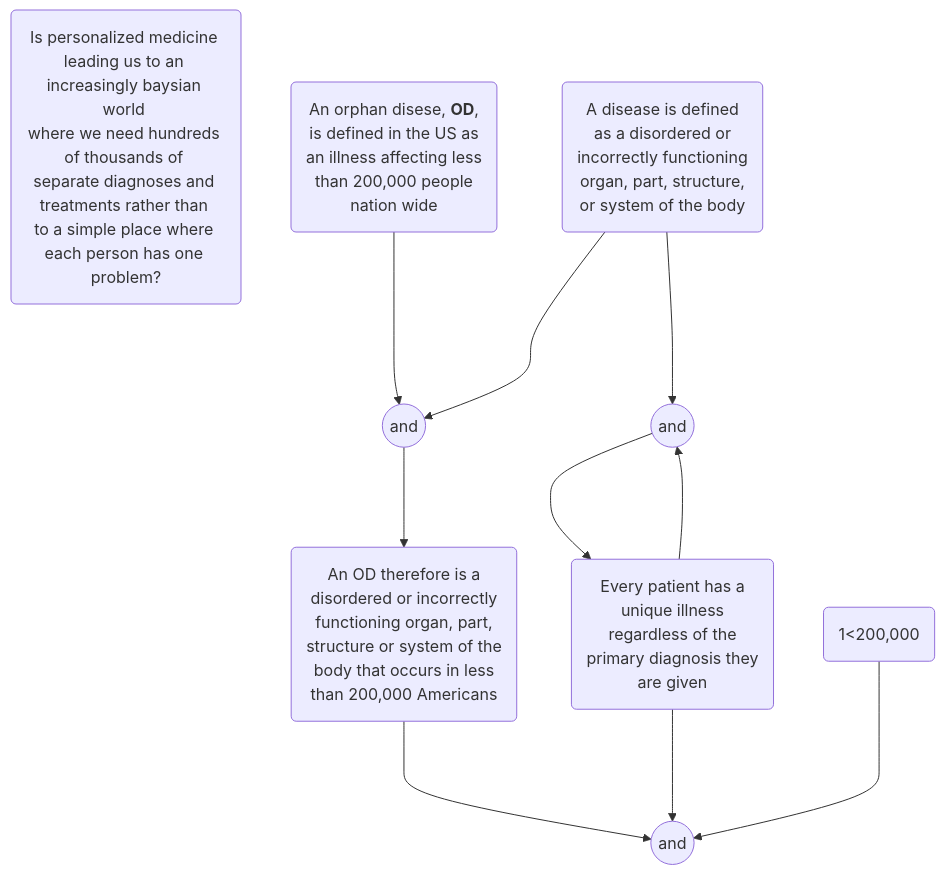
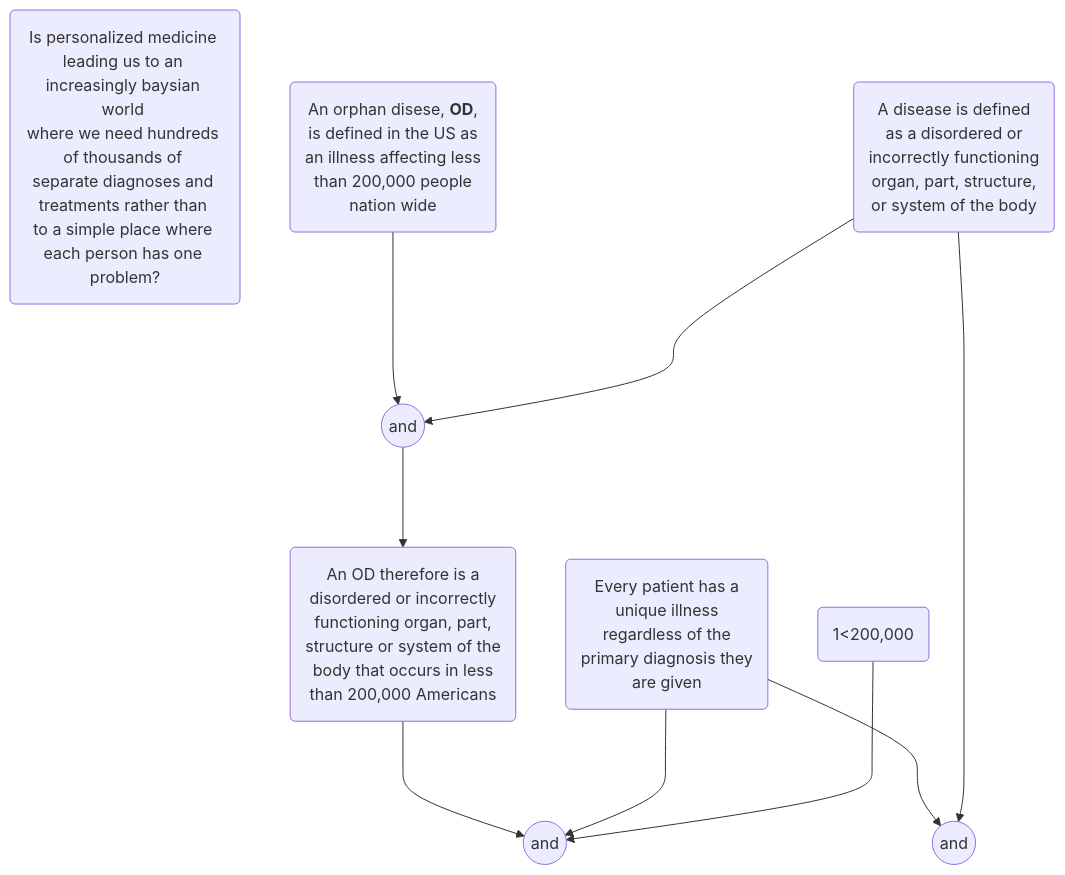
One commit to hwetsman/TOC_Trees changed the diagram in Orphan_Diseases.md. Above: the diagram before and after it, drawn with Mermaid.

Commit message:
Refactor: remove and2---every_pt

````diff
--- a/Orphan_Diseases.md
+++ b/Orphan_Diseases.md
@@ -3,29 +3,29 @@
 ```mermaid
 flowchart TD
 proposition(Is personalized medicine <br>leading us to an <br>increasingly baysian world <br>where we need hundreds <br>of thousands of <br>separate diagnoses and <br>treatments rather than <br>to a simple place where <br>each person has one problem?)
 
 orphan(An orphan disese, <b>OD</b>, <br>is defined in the US as <br>an illness affecting less <br>than 200,000 people <br> nation wide)
 disease(A disease is defined <br>as a disordered or <br>incorrectly functioning <br>organ, part, structure, <br>or system of the body)
 and1((and))
     orphan--->and1
     disease--->and1
 every_pt(Every patient has a unique <br>set of organ system <br>dysfunctions leading to <br>illness that is unique <br>regarless of the primary <br>diagnosis they are given)
 and2((and))
     every_pt--->and2
     disease--->and2
 OD_def(An OD therefore is a <br>disordered or incorrectly <br> functioning organ, part, <br>structure or system of the <br>body that occurs in less <br>than 200,000 Americans)
     and1--->OD_def
 every_pt(Every patient has a <br>unique illness <br>regardless of the <br> primary diagnosis they <br>are given)
-    and2--->every_pt
+    
 logic(1<200,000)
 and3((and))
     OD_def--->and3
     every_pt--->and3
     logic--->and3
 
 
 
 
 
 
 ```
````
